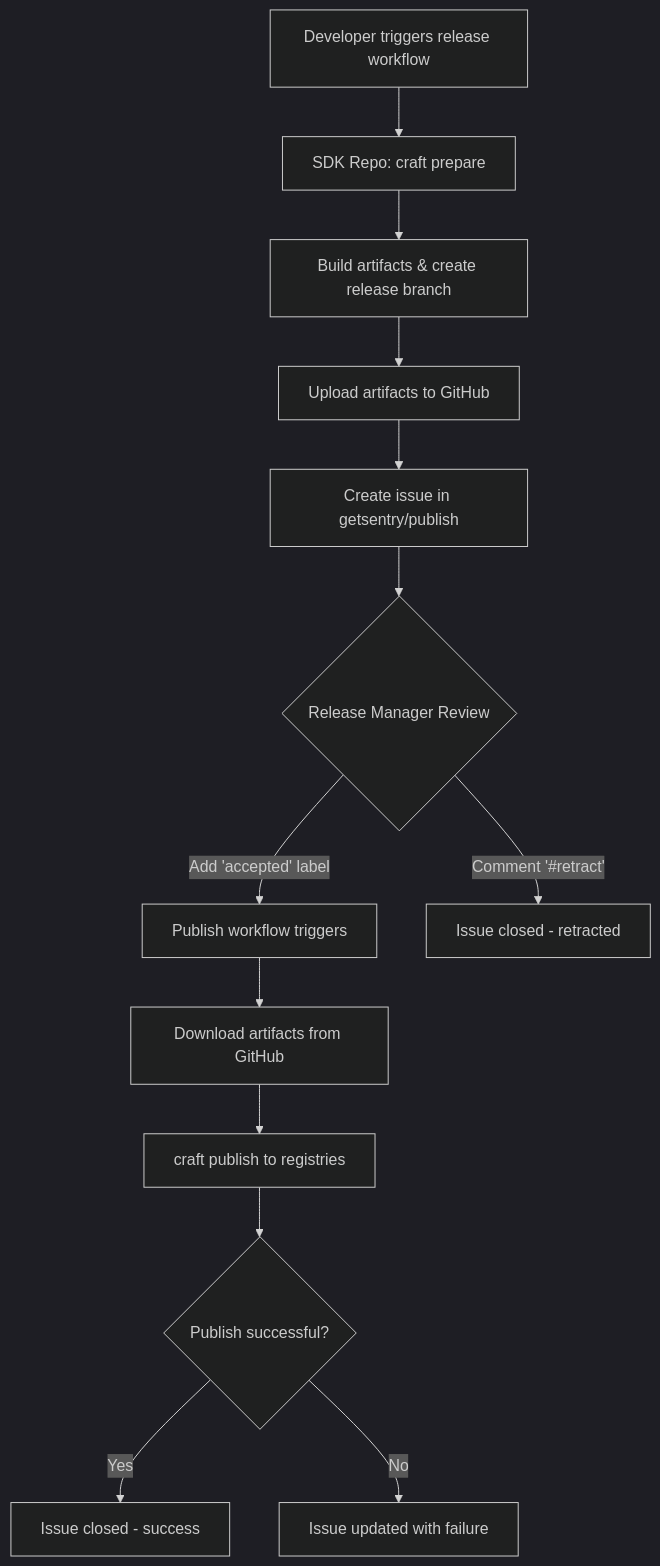
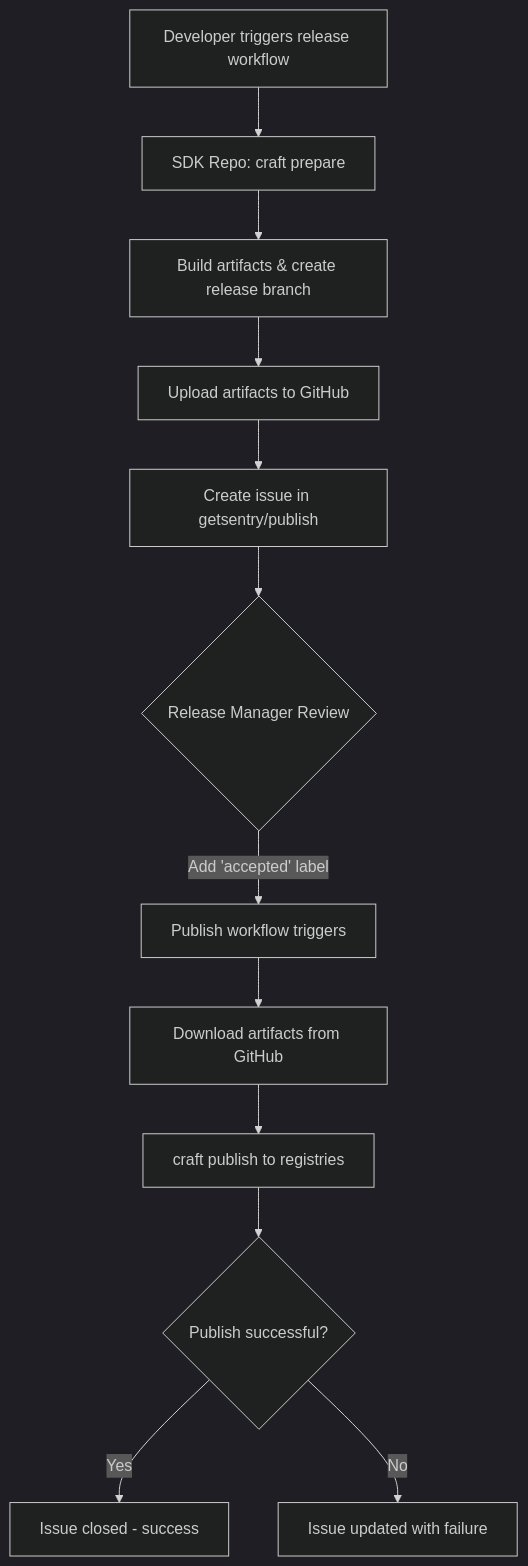
One commit to getsentry/publish changed the diagram in README.md. Above: the diagram before and after it, drawn with Mermaid (dark theme). The commit also changed other lines of this file and 5 other files, not shown here.

````diff
--- a/README.md
+++ b/README.md
@@ -11,15 +11,14 @@
 ```mermaid
 flowchart TD
     A[Developer triggers release workflow] --> B["SDK Repo: craft prepare"]
     B --> C[Build artifacts & create release branch]
     C --> D[Upload artifacts to GitHub]
     D --> E["Create issue in getsentry/publish"]
     E --> F{Release Manager Review}
     F -->|"Add 'accepted' label"| G[Publish workflow triggers]
-    F -->|"Comment '#retract'"| H[Issue closed - retracted]
     G --> I[Download artifacts from GitHub]
     I --> J["craft publish to registries"]
     J --> K{Publish successful?}
     K -->|Yes| L[Issue closed - success]
     K -->|No| M[Issue updated with failure]
 ```
````
